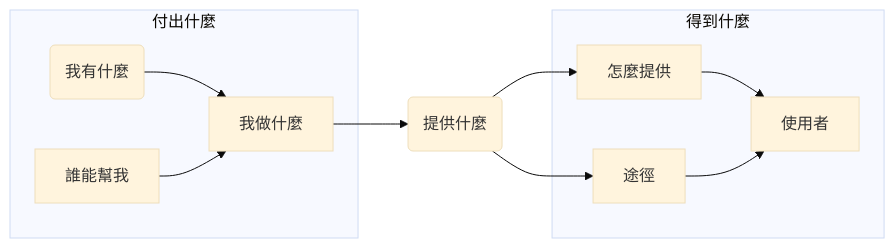
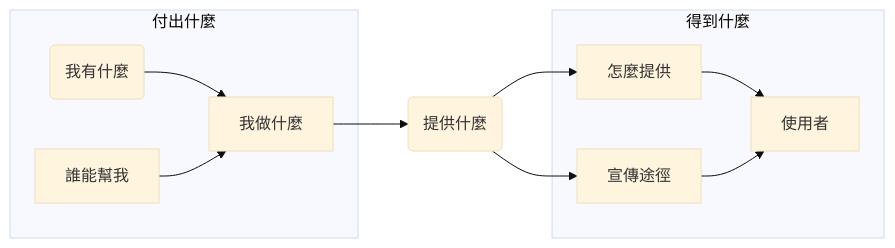
The diagram in source/_posts/personal-canvas.md (gasolin/blog), drawn with Mermaid (base theme) before and after one commit. The commit also changed other lines of this file, not shown here.

````diff
--- a/source/_posts/personal-canvas.md
+++ b/source/_posts/personal-canvas.md
@@ -77,22 +77,22 @@
 ```mermaid
 graph LR
     have(我有什麼)
     help[誰能幫我]
     do[我做什麼]
     provide(提供什麼)
     how[怎麼提供]
-    channel[途徑]
+    channel[宣傳途徑]
     user[使用者]
-    
+
     subgraph 付出什麼
 	have --> do
     help --> do
     end
     do --> provide
     provide --> how
     provide --> channel
     subgraph 得到什麼
     how --> user
     channel --> user
     end
 ```
````
